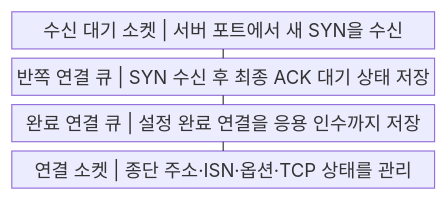
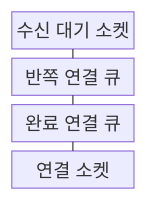
The first of 2 diagrams in src/content/docs/notes/04-network/022_tcp_3_way_handshake.md (agnusdei1207/knowledge-base), drawn with Mermaid before and after one commit. The commit also changed other lines of this file and 122 other files, not shown here.

````diff
--- a/src/content/docs/notes/04-network/022_tcp_3_way_handshake.md
+++ b/src/content/docs/notes/04-network/022_tcp_3_way_handshake.md
@@ -61,11 +61,11 @@
 ```mermaid
-block
+block-beta
     columns 1
-    A["수신 대기 소켓 | 서버 포트에서 새 SYN을 수신"]
-    B["반쪽 연결 큐 | SYN 수신 후 최종 ACK 대기 상태 저장"]
-    C["완료 연결 큐 | 설정 완료 연결을 응용 인수까지 저장"]
-    D["연결 소켓 | 종단 주소·ISN·옵션·TCP 상태를 관리"]
+    A["수신 대기 소켓"]
+    B["반쪽 연결 큐"]
+    C["완료 연결 큐"]
+    D["연결 소켓"]
     A --- B
     B --- C
     C --- D
 ```
````
